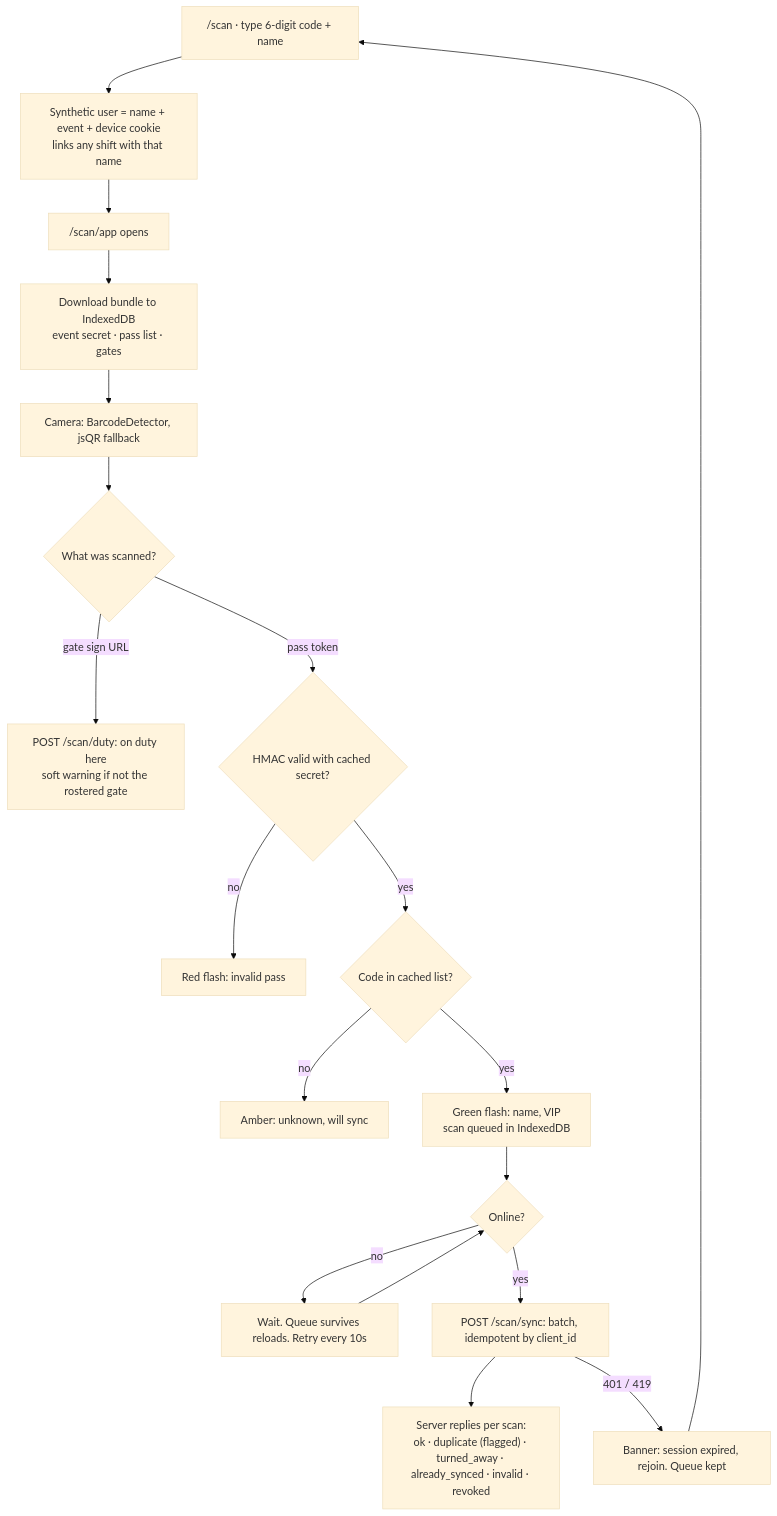
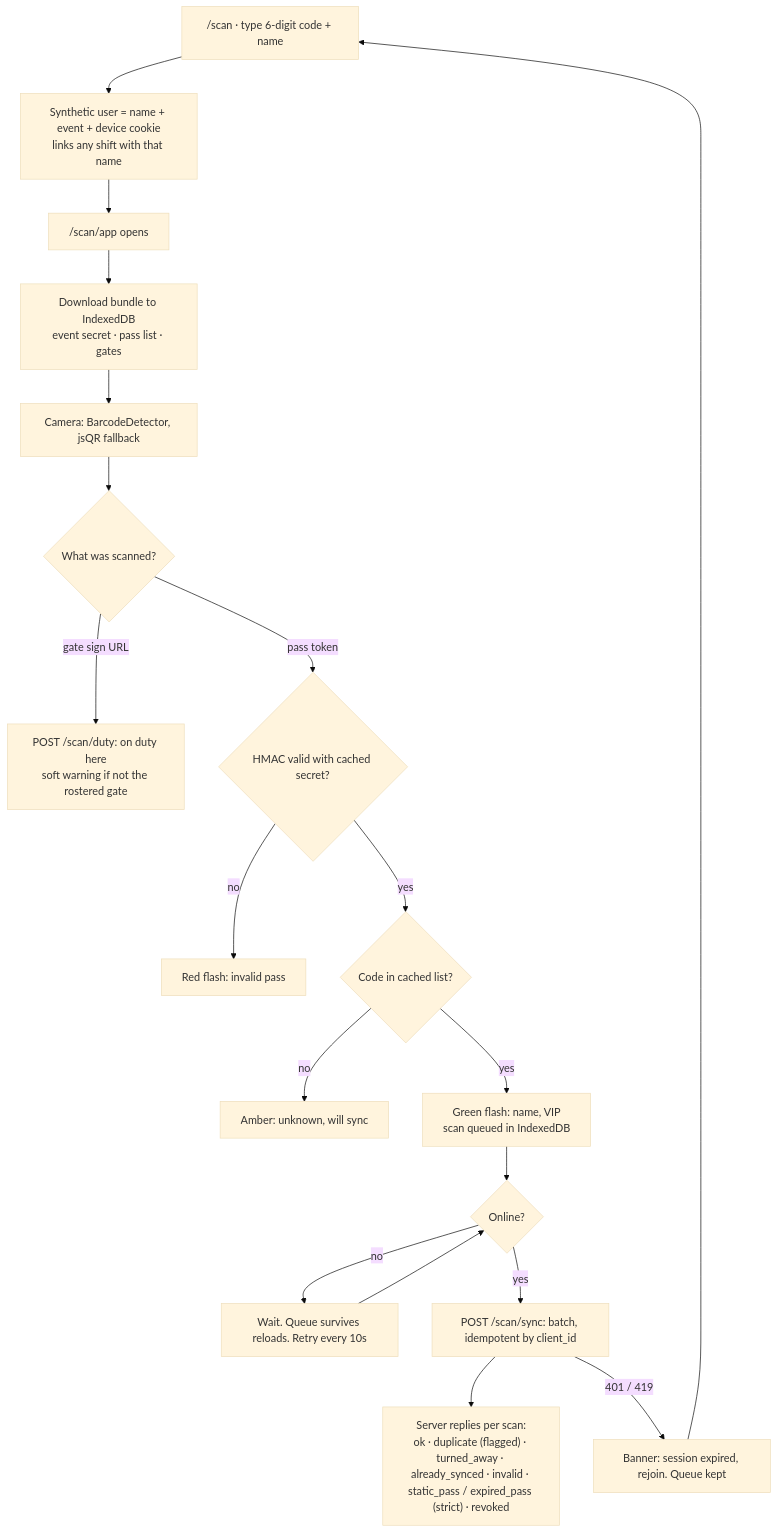
One commit to infriontechnolab/gatezo changed the third of 5 diagrams in docs/FLOWS.md. Above: the diagram before and after it, drawn with Mermaid (base theme). The commit also changed 13 other files, not shown here.

First line of the commit message:
Strict passes: rotating QR per event

````diff
--- a/docs/FLOWS.md
+++ b/docs/FLOWS.md
@@ -98,21 +98,21 @@
 ```mermaid
 flowchart TD
     J["/scan · type 6-digit code + name"] --> U["Synthetic user = name + event + device cookie<br/>links any shift with that name"]
     U --> A["/scan/app opens"]
     A --> B["Download bundle to IndexedDB<br/>event secret · pass list · gates"]
     B --> CAM["Camera: BarcodeDetector, jsQR fallback"]
     CAM --> Q{"What was scanned?"}
     Q -- "gate sign URL" --> D["POST /scan/duty: on duty here<br/>soft warning if not the rostered gate"]
     Q -- "pass token" --> V{"HMAC valid with cached secret?"}
     V -- no --> RED["Red flash: invalid pass"]
     V -- yes --> L{"Code in cached list?"}
     L -- no --> AMB["Amber: unknown, will sync"]
     L -- yes --> OK["Green flash: name, VIP<br/>scan queued in IndexedDB"]
     OK --> F{"Online?"}
     F -- no --> W["Wait. Queue survives reloads. Retry every 10s"]
     W --> F
     F -- yes --> SY["POST /scan/sync: batch, idempotent by client_id"]
-    SY --> RES["Server replies per scan:<br/>ok · duplicate (flagged) · turned_away · already_synced · invalid · revoked"]
+    SY --> RES["Server replies per scan:<br/>ok · duplicate (flagged) · turned_away · already_synced · invalid · static_pass / expired_pass (strict) · revoked"]
     SY -- "401 / 419" --> EXP["Banner: session expired, rejoin. Queue kept"]
     EXP --> J
 ```
````
